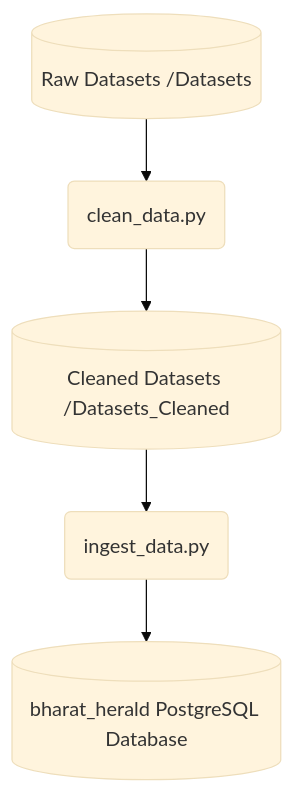
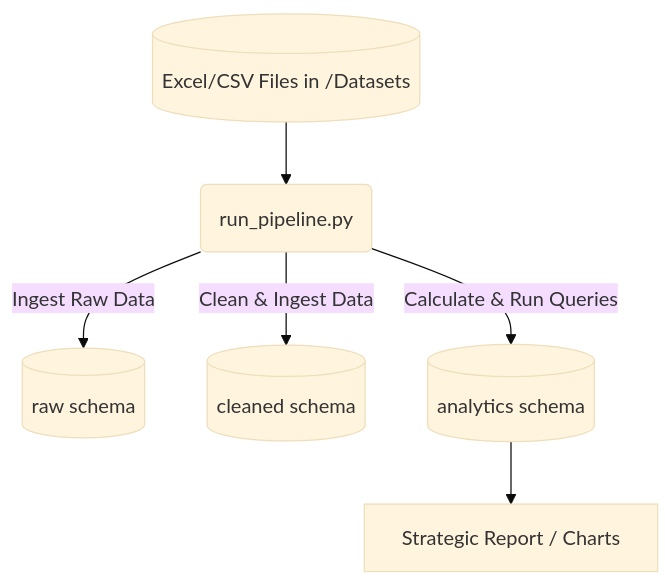
One commit to merugumallarajasimha/Strategic-Business-Analysis-of-Bharat-Herald changed the diagram in reports/DATA_CLEANING_REPORT.md. Above: the diagram before and after it, drawn with Mermaid (base theme). The commit also changed other lines of this file and 26 other files, not shown here.

````diff
--- a/reports/DATA_CLEANING_REPORT.md
+++ b/reports/DATA_CLEANING_REPORT.md
@@ -62,7 +62,8 @@
 ```mermaid
 graph TD
-    A[(Raw Datasets /Datasets)] --> B(clean_data.py)
-    B --> C[(Cleaned Datasets /Datasets_Cleaned)]
-    C --> D(ingest_data.py)
-    D --> E[(bharat_herald PostgreSQL Database)]
+    A[(Excel/CSV Files in /Datasets)] --> B(run_pipeline.py)
+    B -->|Ingest Raw Data| C[(raw schema)]
+    B -->|Clean & Ingest Data| D[(cleaned schema)]
+    B -->|Calculate & Run Queries| E[(analytics schema)]
+    E --> F[Strategic Report / Charts]
 ```
````
